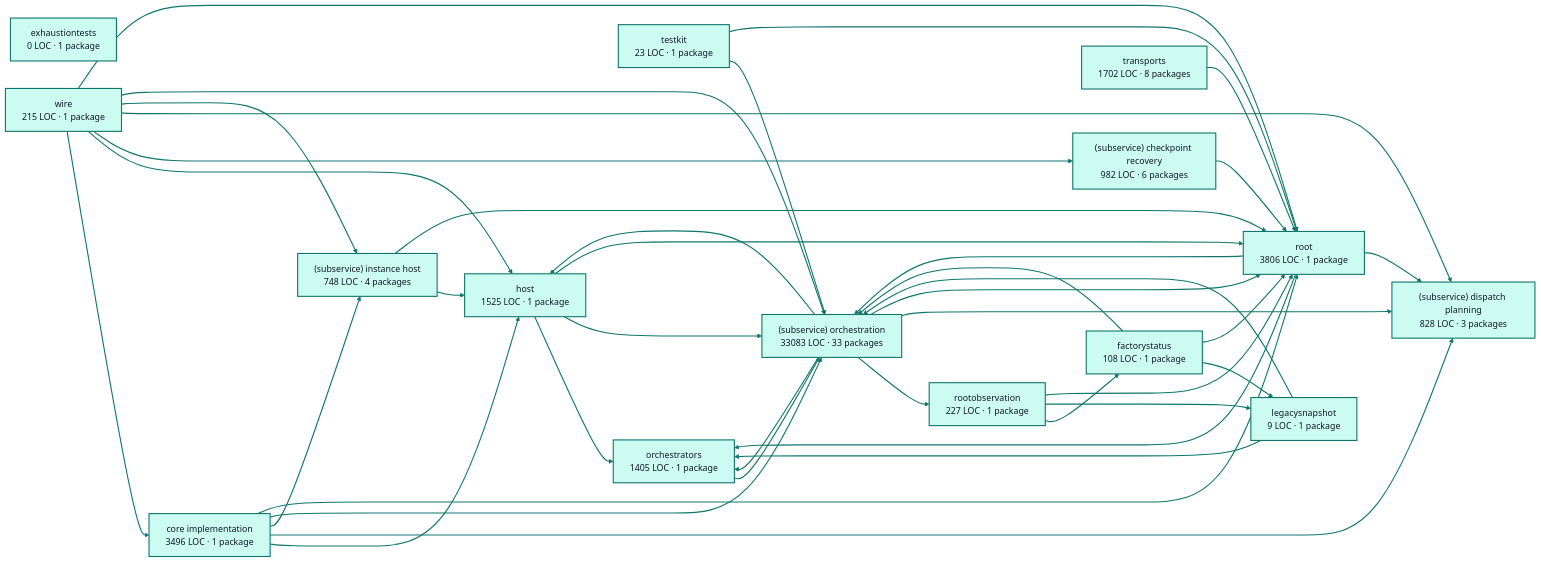
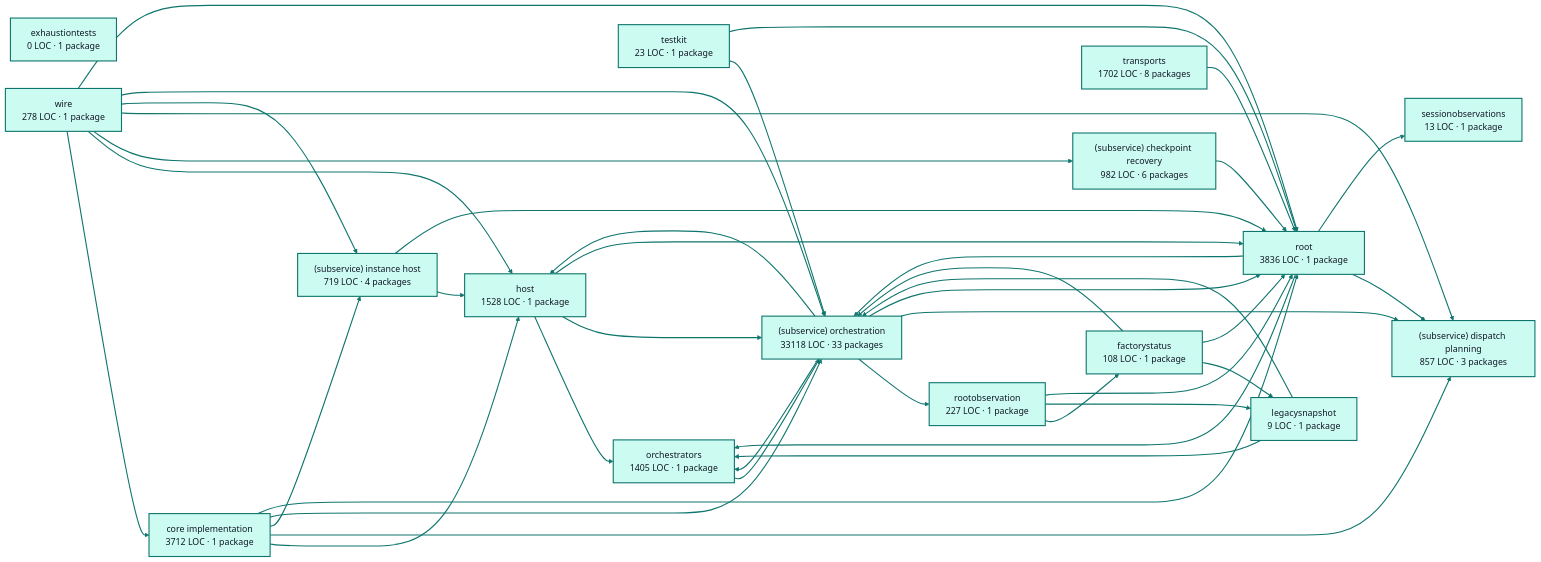
One commit to portpowered/you-agent-factory changed the diagram in docs/architecture/visualizations/services/factory_runtime.md. Above: the diagram before and after it, drawn with Mermaid. The commit also changed other lines of this file and 20 other files, not shown here.

Commit message:
docs: refresh backend architecture visualizations

````diff
--- a/docs/architecture/visualizations/services/factory_runtime.md
+++ b/docs/architecture/visualizations/services/factory_runtime.md
@@ -11,72 +11,75 @@
 ```mermaid
 flowchart LR
-  p0["core implementation<br/>3496 LOC · 1 package"]
+  p0["core implementation<br/>3712 LOC · 1 package"]
   p1["exhaustiontests<br/>0 LOC · 1 package"]
   p2["factorystatus<br/>108 LOC · 1 package"]
-  p3["host<br/>1525 LOC · 1 package"]
+  p3["host<br/>1528 LOC · 1 package"]
   p4["legacysnapshot<br/>9 LOC · 1 package"]
   p5["orchestrators<br/>1405 LOC · 1 package"]
   p6["rootobservation<br/>227 LOC · 1 package"]
   p7["(subservice) checkpoint recovery<br/>982 LOC · 6 packages"]
-  p8["(subservice) dispatch planning<br/>828 LOC · 3 packages"]
-  p9["(subservice) instance host<br/>748 LOC · 4 packages"]
-  p10["(subservice) orchestration<br/>33083 LOC · 33 packages"]
-  p11["testkit<br/>23 LOC · 1 package"]
-  p12["root<br/>3806 LOC · 1 package"]
-  p13["transports<br/>1702 LOC · 8 packages"]
-  p14["wire<br/>215 LOC · 1 package"]
+  p8["(subservice) dispatch planning<br/>857 LOC · 3 packages"]
+  p9["(subservice) instance host<br/>719 LOC · 4 packages"]
+  p10["(subservice) orchestration<br/>33118 LOC · 33 packages"]
+  p11["sessionobservations<br/>13 LOC · 1 package"]
+  p12["testkit<br/>23 LOC · 1 package"]
+  p13["root<br/>3836 LOC · 1 package"]
+  p14["transports<br/>1702 LOC · 8 packages"]
+  p15["wire<br/>278 LOC · 1 package"]
   p0 --> p3
   p0 --> p8
   p0 --> p9
   p0 --> p10
-  p0 --> p12
+  p0 --> p13
   p2 --> p4
   p2 --> p10
-  p2 --> p12
+  p2 --> p13
   p3 --> p5
   p3 --> p10
-  p3 --> p12
+  p3 --> p13
   p4 --> p5
   p4 --> p10
   p5 --> p10
   p6 --> p2
   p6 --> p4
-  p6 --> p12
-  p7 --> p12
+  p6 --> p13
+  p7 --> p13
   p9 --> p3
-  p9 --> p12
+  p9 --> p13
   p10 --> p3
   p10 --> p5
   p10 --> p6
   p10 --> p8
-  p10 --> p12
-  p11 --> p10
-  p11 --> p12
-  p12 --> p5
-  p12 --> p8
+  p10 --> p13
   p12 --> p10
-  p13 --> p12
-  p14 --> p0
-  p14 --> p3
-  p14 --> p7
-  p14 --> p8
-  p14 --> p9
-  p14 --> p10
-  p14 --> p12
+  p12 --> p13
+  p13 --> p5
+  p13 --> p8
+  p13 --> p10
+  p13 --> p11
+  p14 --> p13
+  p15 --> p0
+  p15 --> p3
+  p15 --> p7
+  p15 --> p8
+  p15 --> p9
+  p15 --> p10
+  p15 --> p13
   style p0 fill:#ccfbf1,stroke:#0f766e,stroke-width:2px,color:#111827
   style p1 fill:#ccfbf1,stroke:#0f766e,stroke-width:2px,color:#111827
   style p2 fill:#ccfbf1,stroke:#0f766e,stroke-width:2px,color:#111827
   style p3 fill:#ccfbf1,stroke:#0f766e,stroke-width:2px,color:#111827
   style p4 fill:#ccfbf1,stroke:#0f766e,stroke-width:2px,color:#111827
   style p5 fill:#ccfbf1,stroke:#0f766e,stroke-width:2px,color:#111827
   style p6 fill:#ccfbf1,stroke:#0f766e,stroke-width:2px,color:#111827
   style p7 fill:#ccfbf1,stroke:#0f766e,stroke-width:2px,color:#111827
   style p8 fill:#ccfbf1,stroke:#0f766e,stroke-width:2px,color:#111827
   style p9 fill:#ccfbf1,stroke:#0f766e,stroke-width:2px,color:#111827
   style p10 fill:#ccfbf1,stroke:#0f766e,stroke-width:2px,color:#111827
   style p11 fill:#ccfbf1,stroke:#0f766e,stroke-width:2px,color:#111827
   style p12 fill:#ccfbf1,stroke:#0f766e,stroke-width:2px,color:#111827
   style p13 fill:#ccfbf1,stroke:#0f766e,stroke-width:2px,color:#111827
   style p14 fill:#ccfbf1,stroke:#0f766e,stroke-width:2px,color:#111827
+  style p15 fill:#ccfbf1,stroke:#0f766e,stroke-width:2px,color:#111827
   linkStyle default stroke:#0f766e,stroke-width:2px
 ```
````
